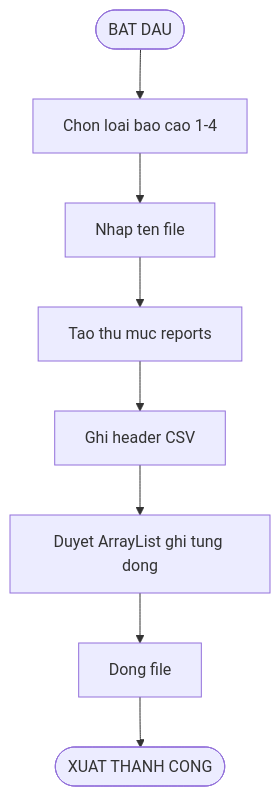
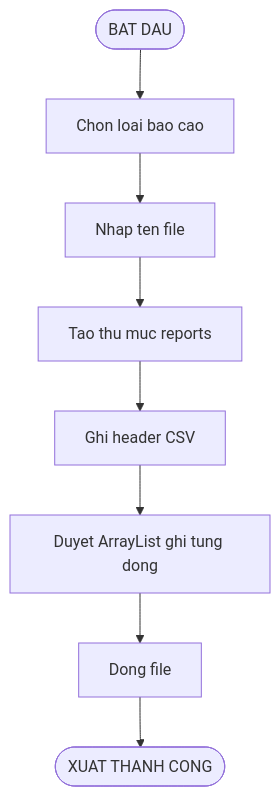
One commit to phucphuc2006/pro-192 changed the eighth of 20 diagrams in docs/Flowcharts/Flowcharts.md. Above: the diagram before and after it, drawn with Mermaid. The commit also changed other lines of this file, not shown here.

Commit message:
Fix Mermaid: add quotes to all labels for GitHub compatibility

````diff
--- a/docs/Flowcharts/Flowcharts.md
+++ b/docs/Flowcharts/Flowcharts.md
@@ -144,10 +127,10 @@
 ```mermaid
 flowchart TD
-    A([BAT DAU]) --> B[Chon loai bao cao 1-4]
-    B --> C[Nhap ten file]
-    C --> D[Tao thu muc reports]
-    D --> E[Ghi header CSV]
-    E --> F[Duyet ArrayList ghi tung dong]
-    F --> G[Dong file]
-    G --> H([XUAT THANH CONG])
+    A(["BAT DAU"]) --> B["Chon loai bao cao"]
+    B --> C["Nhap ten file"]
+    C --> D["Tao thu muc reports"]
+    D --> E["Ghi header CSV"]
+    E --> F["Duyet ArrayList ghi tung dong"]
+    F --> G["Dong file"]
+    G --> H(["XUAT THANH CONG"])
 ```
````
